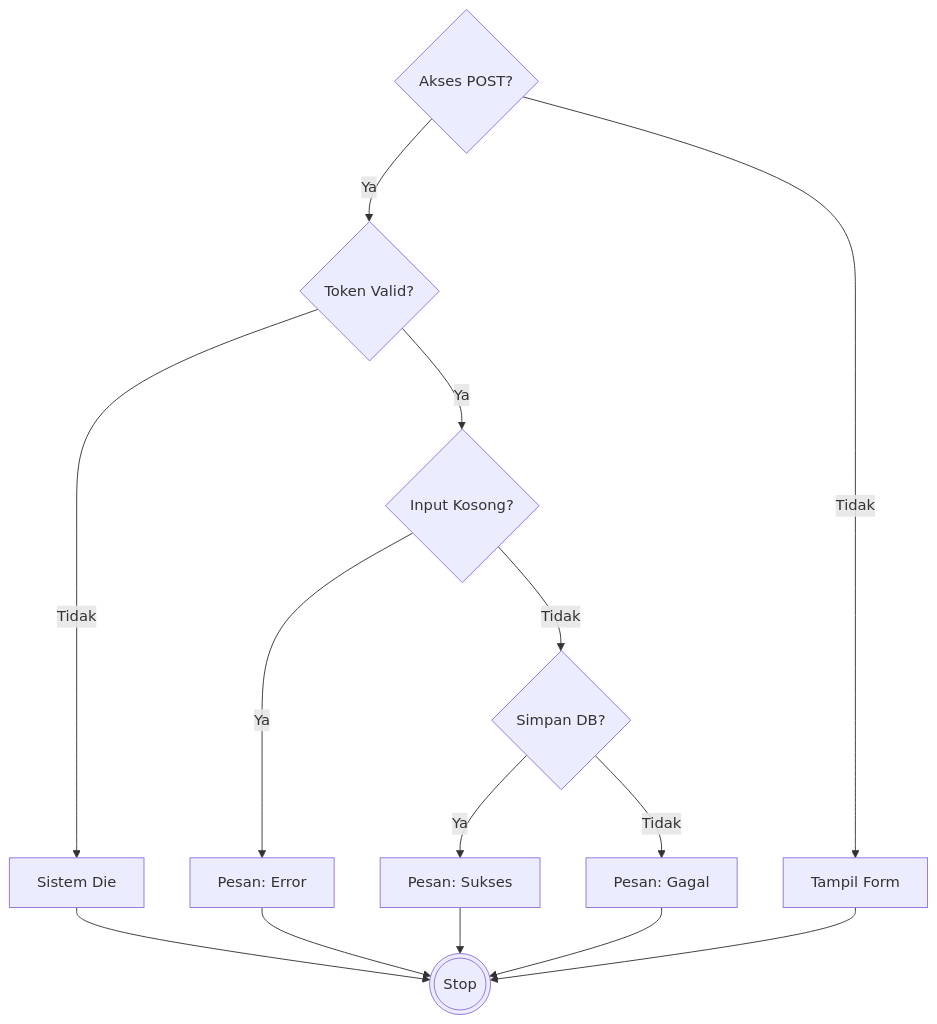
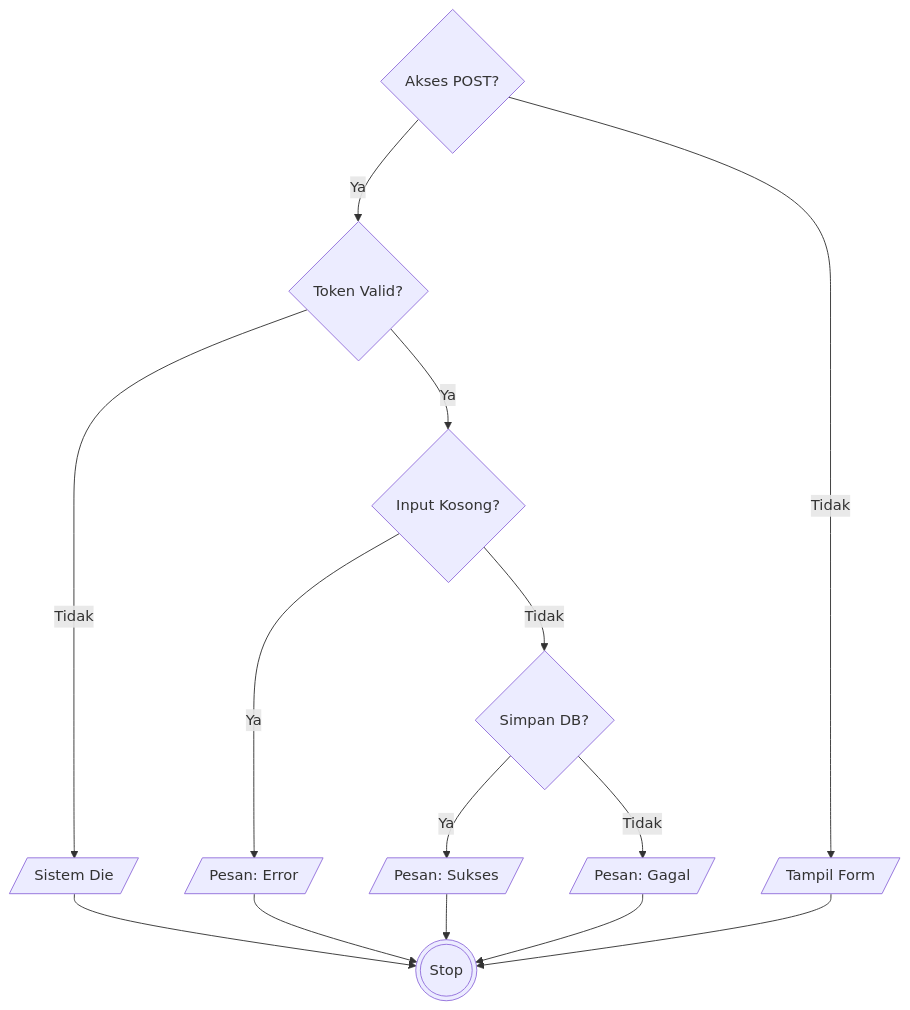
The third of 6 diagrams in docs/07_PENGUJIAN_WHITE_BOX.md (arbain-dev/Web_fikom), drawn with Mermaid before and after one commit. The commit also changed other lines of this file and 2 other files, not shown here.

Commit message:
docs: perbaiki bentuk IO pada flowchart

````diff
--- a/docs/07_PENGUJIAN_WHITE_BOX.md
+++ b/docs/07_PENGUJIAN_WHITE_BOX.md
@@ -139,20 +139,20 @@
 ```mermaid
 flowchart TD
     1{Akses POST?} -->|Ya| 2{Token Valid?}
-    1 -->|Tidak| 9[Tampil Form]
+    1 -->|Tidak| 9[/Tampil Form/]
     
-    2 -->|Tidak| 3[Sistem Die]
+    2 -->|Tidak| 3[/Sistem Die/]
     2 -->|Ya| 4{Input Kosong?}
     
-    4 -->|Ya| 5[Pesan: Error]
+    4 -->|Ya| 5[/Pesan: Error/]
     4 -->|Tidak| 6{Simpan DB?}
     
-    6 -->|Ya| 7[Pesan: Sukses]
-    6 -->|Tidak| 8[Pesan: Gagal]
+    6 -->|Ya| 7[/Pesan: Sukses/]
+    6 -->|Tidak| 8[/Pesan: Gagal/]
     
     3 --> 10(((Stop)))
     5 --> 10
     7 --> 10
     8 --> 10
     9 --> 10
 ```
````
